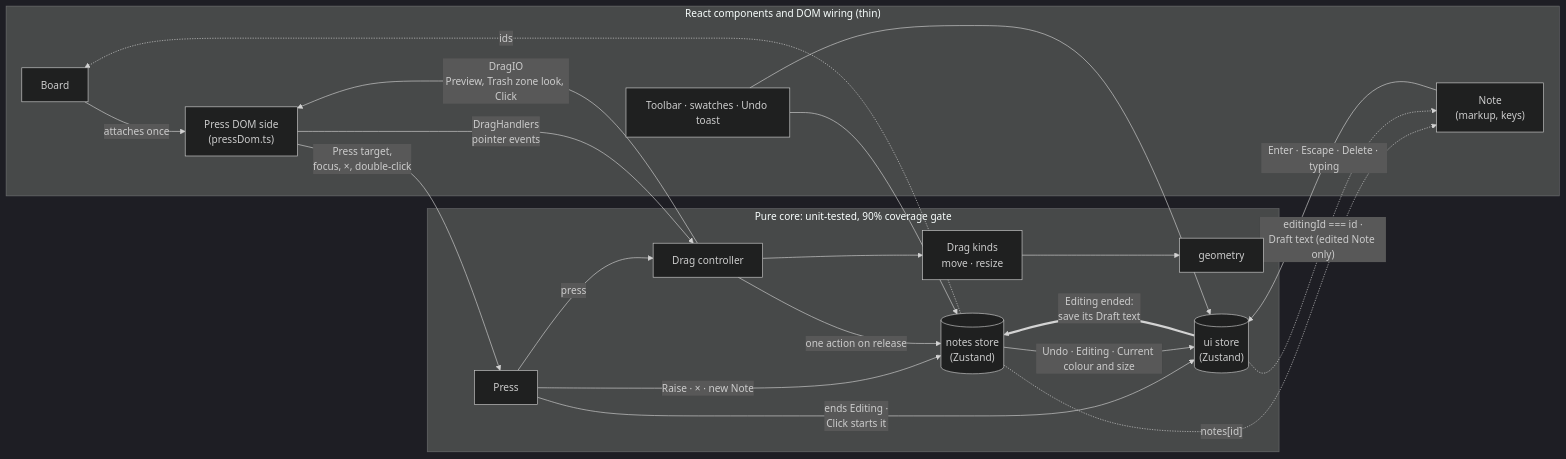
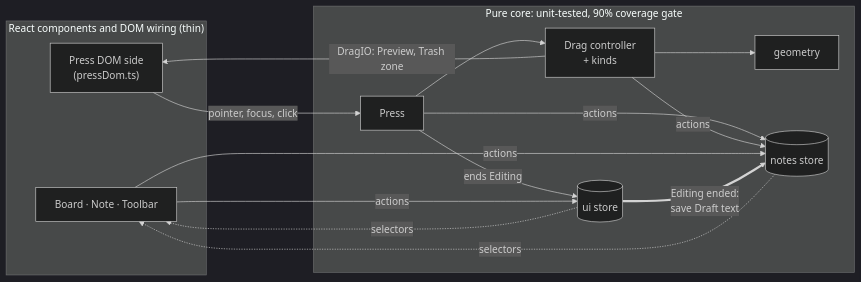
Before and after one commit to juanccastillog80/sticky-notes: the diagram in README.md, drawn with Mermaid (dark theme).

Commit message:
README: simplify the architecture diagram
Keep only the shape: thin UI, the press flow through the pure core, and
the stores read through selectors. The details stay in the sections below.

````diff
--- a/README.md
+++ b/README.md
@@ -61,33 +61,22 @@
 ```mermaid
 flowchart LR
   subgraph UI["React components and DOM wiring (thin)"]
-    Board["Board"]
-    Note["Note<br/>(markup, keys)"]
+    Comp["Board · Note · Toolbar"]
     PDom["Press DOM side<br/>(pressDom.ts)"]
-    Bar["Toolbar · swatches · Undo toast"]
   end
   subgraph Core["Pure core: unit-tested, 90% coverage gate"]
     Press["Press"]
-    Ctrl["Drag controller"]
-    Kinds["Drag kinds<br/>move · resize"]
+    Ctrl["Drag controller<br/>+ kinds"]
     Geo["geometry"]
-    NS[("notes store<br/>(Zustand)")]
-    US[("ui store<br/>(Zustand)")]
+    NS[("notes store")]
+    US[("ui store")]
   end
-  Board -- "attaches once" --> PDom
-  PDom -- "Press target,<br/>focus, ×, double-click" --> Press
-  Press -- "Raise · × · new Note" --> NS
-  Press -- "ends Editing ·<br/>Click starts it" --> US
-  Press -- "press" --> Ctrl
-  PDom -- "DragHandlers<br/>pointer events" --> Ctrl
-  Ctrl -- "DragIO<br/>Preview, Trash zone look, Click" --> PDom
-  Ctrl --> Kinds --> Geo
-  Ctrl -- "one action on release" --> NS
-  Note -- "Enter · Escape · Delete · typing" --> US
-  Bar --> NS & US
-  NS -- "Undo · Editing · Current colour and size" --> US
-  NS -. "ids" .-> Board
-  NS -. "notes[id]" .-> Note
-  US -. "editingId === id ·<br/>Draft text (edited Note only)" .-> Note
-  US == "Editing ended:<br/>save its Draft text" ==> NS
+  PDom -- "pointer, focus, click" --> Press
+  Press --> Ctrl --> Geo
+  Ctrl -- "DragIO: Preview, Trash zone" --> PDom
+  Press & Ctrl -- "actions" --> NS
+  Press -- "ends Editing" --> US
+  Comp -- "actions" --> NS & US
+  NS & US -. "selectors" .-> Comp
+  US == "Editing ended:<br/>save Draft text" ==> NS
 ```
````
